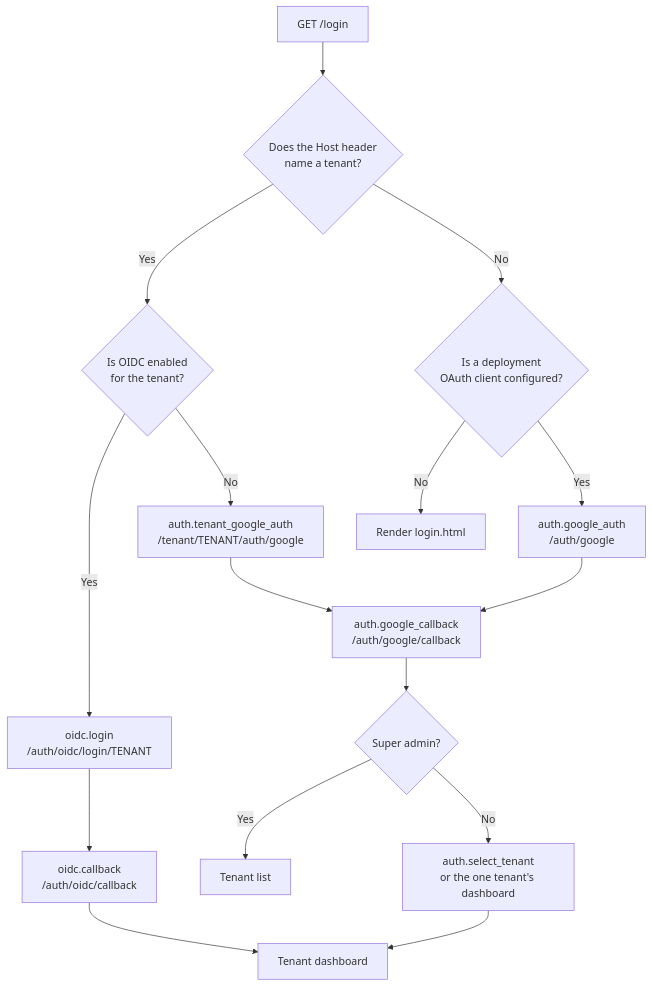
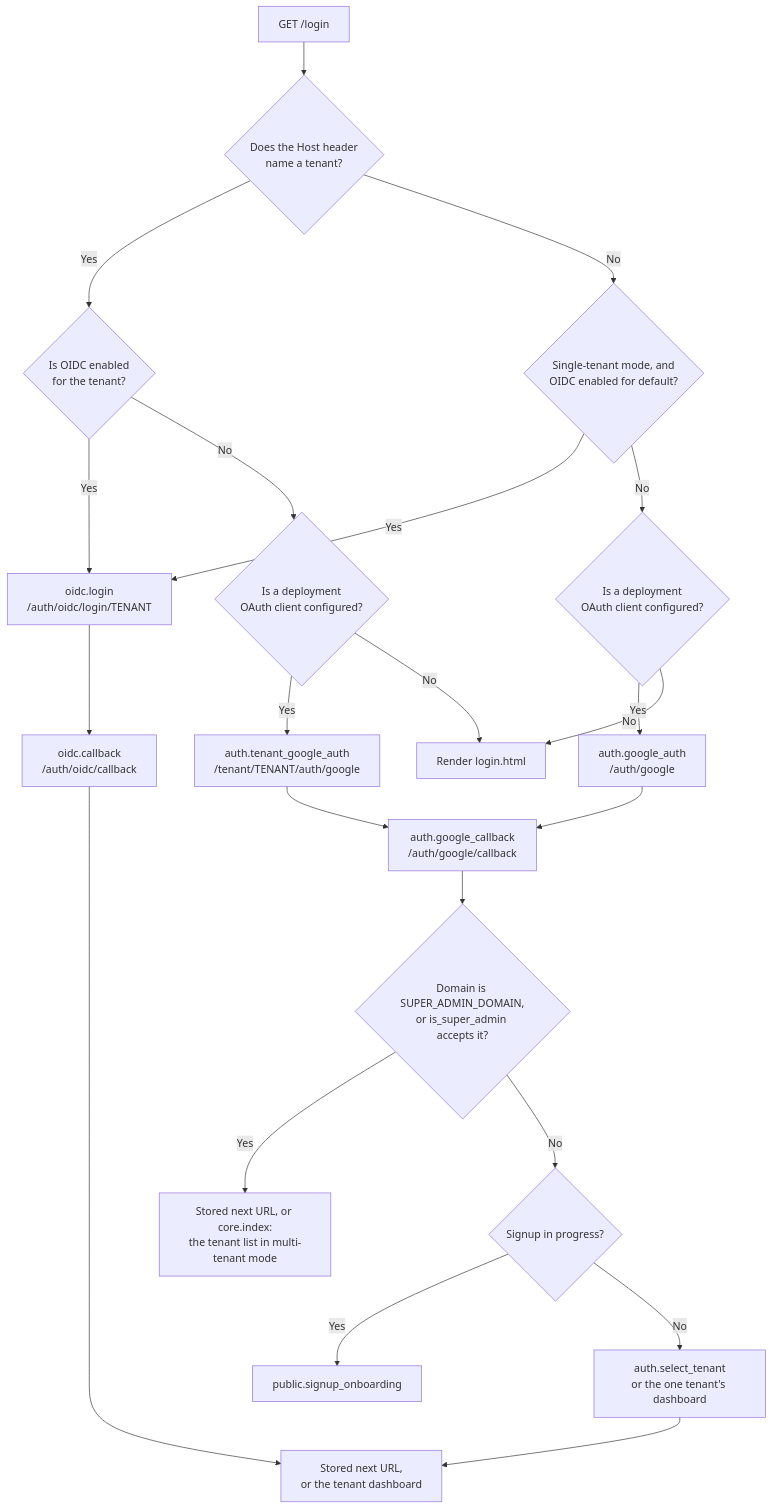
One commit to prebid/salesagent changed the diagram in docs/development/admin-ui-authentication.md. Above: the diagram before and after it, drawn with Mermaid. The commit also changed other lines of this file and 4 other files, not shown here.

````diff
--- a/docs/development/admin-ui-authentication.md
+++ b/docs/development/admin-ui-authentication.md
@@ -51,20 +53,26 @@
 ```mermaid
 flowchart TD
     START["GET /login"] --> HOST{"Does the Host header\nname a tenant?"}
     HOST -->|"Yes"| TOIDC{"Is OIDC enabled\nfor the tenant?"}
-    HOST -->|"No"| GLOBAL{"Is a deployment\nOAuth client configured?"}
+    HOST -->|"No"| SINGLE{"Single-tenant mode, and\nOIDC enabled for default?"}
+    SINGLE -->|"Yes"| OIDCLOGIN
+    SINGLE -->|"No"| GLOBAL{"Is a deployment\nOAuth client configured?"}
     TOIDC -->|"Yes"| OIDCLOGIN["oidc.login\n/auth/oidc/login/TENANT"]
-    TOIDC -->|"No"| TGOOGLE["auth.tenant_google_auth\n/tenant/TENANT/auth/google"]
+    TOIDC -->|"No"| TCLIENT{"Is a deployment\nOAuth client configured?"}
+    TCLIENT -->|"Yes"| TGOOGLE["auth.tenant_google_auth\n/tenant/TENANT/auth/google"]
+    TCLIENT -->|"No"| PAGE["Render login.html"]
     GLOBAL -->|"Yes"| GOOGLE["auth.google_auth\n/auth/google"]
-    GLOBAL -->|"No"| PAGE["Render login.html"]
+    GLOBAL -->|"No"| PAGE
 
     OIDCLOGIN --> OIDCCB["oidc.callback\n/auth/oidc/callback"]
     TGOOGLE --> GCB["auth.google_callback\n/auth/google/callback"]
     GOOGLE --> GCB
 
-    OIDCCB --> DASH["Tenant dashboard"]
-    GCB --> SUPER{"Super admin?"}
-    SUPER -->|"Yes"| LIST["Tenant list"]
-    SUPER -->|"No"| SELECT["auth.select_tenant\nor the one tenant's dashboard"]
+    OIDCCB --> DASH["Stored next URL,\nor the tenant dashboard"]
+    GCB --> SUPER{"Domain is SUPER_ADMIN_DOMAIN,\nor is_super_admin accepts it?"}
+    SUPER -->|"Yes"| LIST["Stored next URL, or core.index:\nthe tenant list in multi-tenant mode"]
+    SUPER -->|"No"| SIGNUP{"Signup in progress?"}
+    SIGNUP -->|"Yes"| ONBOARD["public.signup_onboarding"]
+    SIGNUP -->|"No"| SELECT["auth.select_tenant\nor the one tenant's dashboard"]
     SELECT --> DASH
 ```
````
